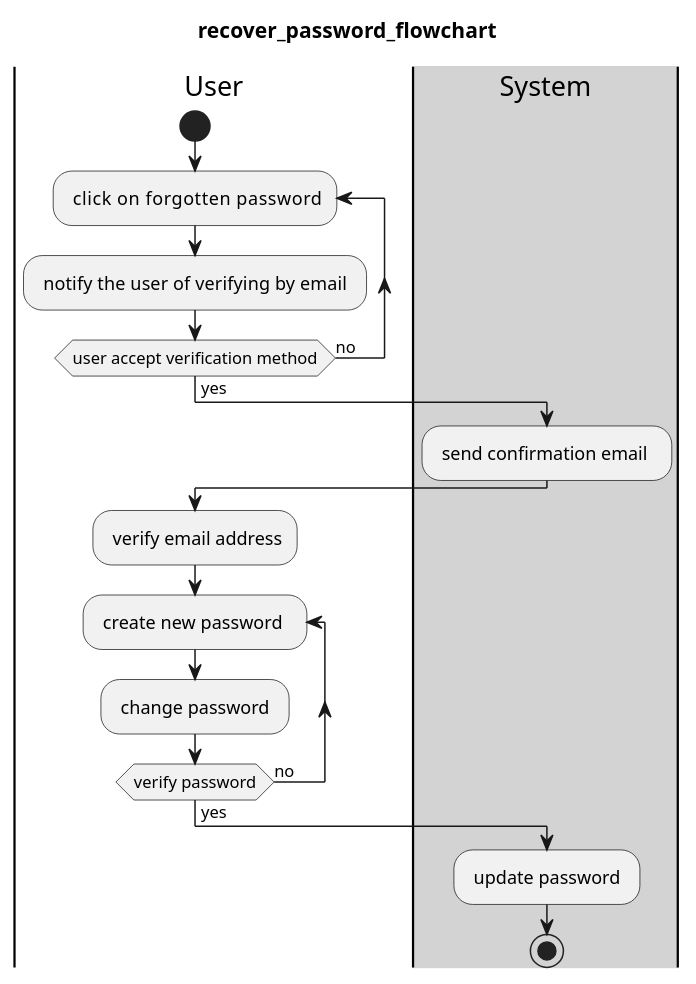
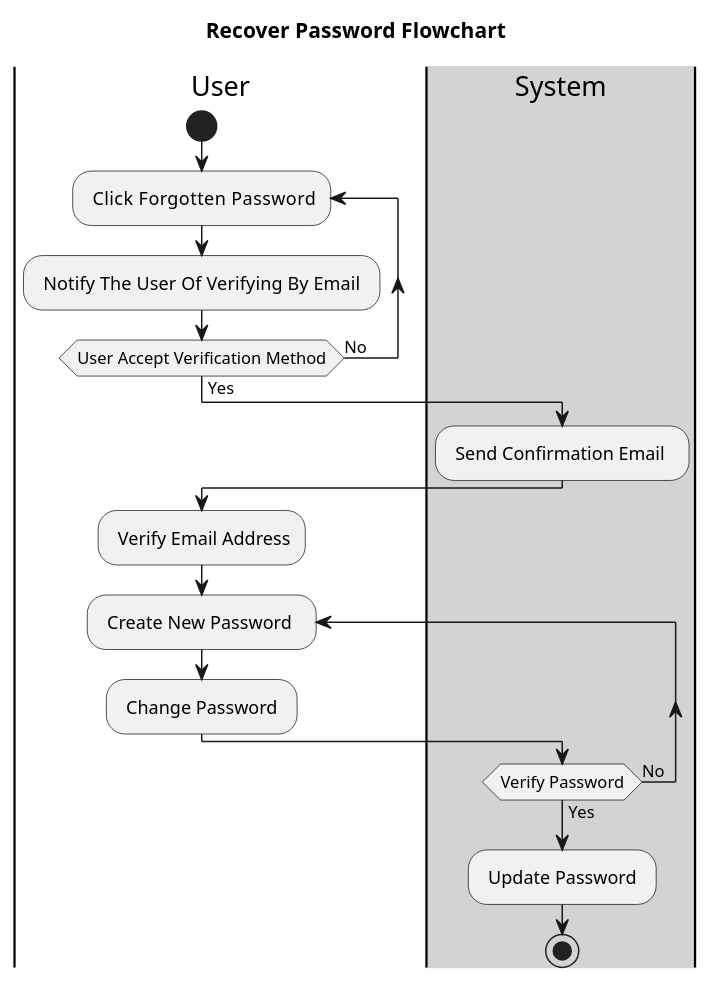
One commit to KTPx4/Social_Media changed the diagram in Diagram/flowchart/account/recover_password_flowchart.wsd. Above: the diagram before and after it, drawn with PlantUML. The commit also changed 10 other files, not shown here.

Commit message:
PHuc | change flowchart

```diff
--- a/Diagram/flowchart/account/recover_password_flowchart.wsd
+++ b/Diagram/flowchart/account/recover_password_flowchart.wsd
@@ -1,18 +1,19 @@
 @startuml 
-title recover_password_flowchart
+title Recover Password Flowchart
 |User|
 start
-repeat: click  on  forgotten  password; 
-: notify the user of  verifying by email ;
-repeat while(user accept verification method) is (no) not (yes)
+repeat: Click  Forgotten  Password; 
+: Notify The User Of  Verifying By Email ;
+repeat while(User Accept Verification Method) is (No) not (Yes)
 |#lightgray|System| 
-: send confirmation email  ;  
+: Send Confirmation Email  ;  
 |User| 
-: verify email address; 
-repeat: create new password  ; 
-: change password ; 
-repeat while(verify password) is (no) not (yes)
+: Verify Email Address; 
+repeat: Create New Password  ; 
+: Change Password ; 
 |#lightgray|System| 
-: update password ; 
+repeat while(Verify Password) is (No) not (Yes)
+|#lightgray|System| 
+: Update Password ; 
 stop
 @enduml
```
